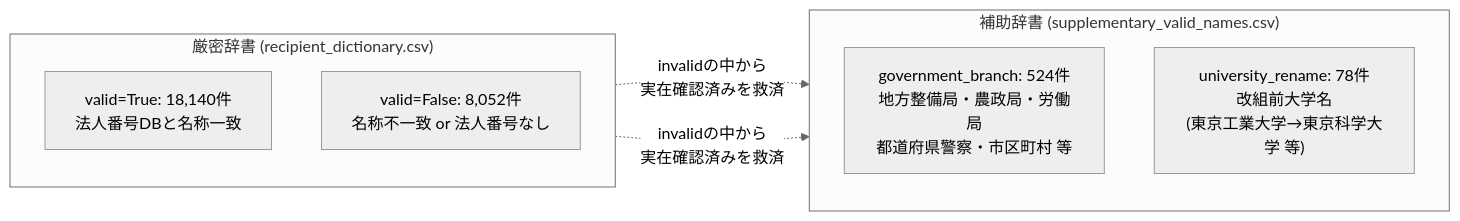
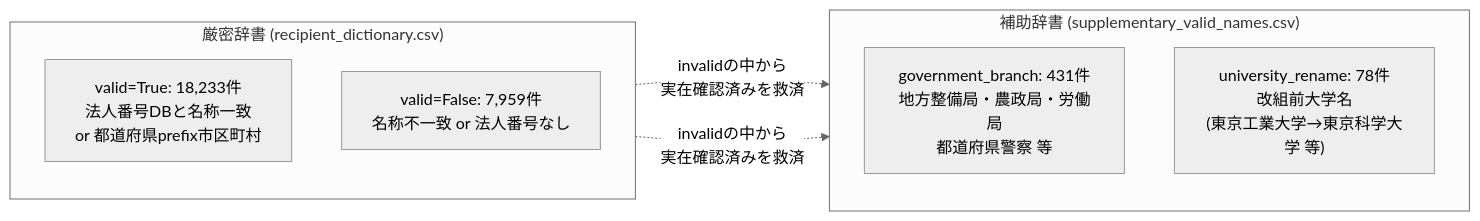
The fourth of 11 diagrams in docs/quality-scoring-guide.md (igomuni/marumie-rssystem), drawn with Mermaid (neutral theme) before and after one commit. The commit also changed other lines of this file and 6 other files, not shown here.

````diff
--- a/docs/quality-scoring-guide.md
+++ b/docs/quality-scoring-guide.md
@@ -107,16 +107,16 @@
 ```mermaid
 flowchart LR
     subgraph "厳密辞書 (recipient_dictionary.csv)"
         direction TB
-        STRICT_V["valid=True: 18,140件<br/>法人番号DBと名称一致"]
-        STRICT_I["valid=False: 8,052件<br/>名称不一致 or 法人番号なし"]
+        STRICT_V["valid=True: 18,233件<br/>法人番号DBと名称一致<br/>or 都道府県prefix市区町村"]
+        STRICT_I["valid=False: 7,959件<br/>名称不一致 or 法人番号なし"]
     end
 
     subgraph "補助辞書 (supplementary_valid_names.csv)"
         direction TB
-        SUPP_GOV["government_branch: 524件<br/>地方整備局・農政局・労働局<br/>都道府県警察・市区町村 等"]
+        SUPP_GOV["government_branch: 431件<br/>地方整備局・農政局・労働局<br/>都道府県警察 等"]
         SUPP_UNI["university_rename: 78件<br/>改組前大学名<br/>(東京工業大学→東京科学大学 等)"]
     end
 
     STRICT_I -.->|"invalidの中から<br/>実在確認済みを救済"| SUPP_GOV & SUPP_UNI
 ```
````
